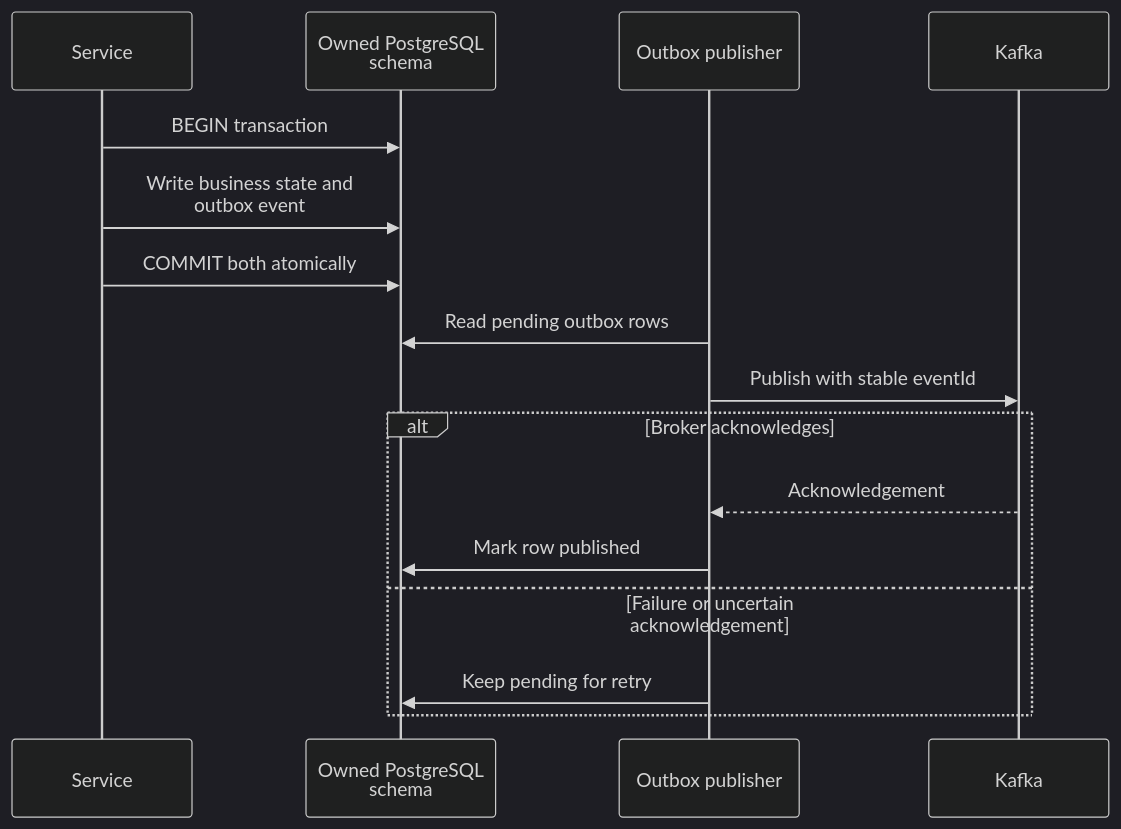
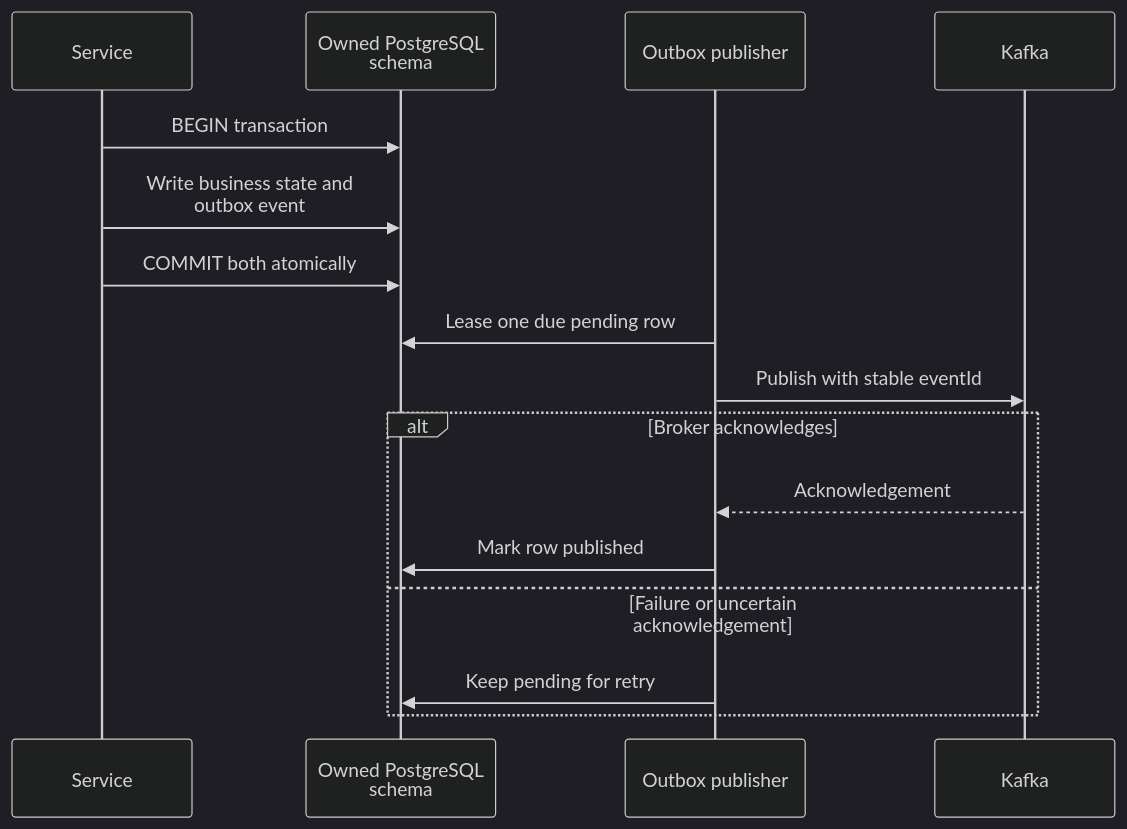
Before and after one commit to ChangeGuardHQ/changuard-platform: diagram 20 of 41 in README.md, drawn with Mermaid (dark theme). The commit also changed other lines of this file and 29 other files, not shown here.

````diff
--- a/README.md
+++ b/README.md
@@ -1446,18 +1458,18 @@
 ```mermaid
 sequenceDiagram
     participant Service
     participant DB as Owned PostgreSQL<br/>schema
     participant Relay as Outbox publisher
     participant Kafka
     Service->>DB: BEGIN transaction
     Service->>DB: Write business state and<br/>outbox event
     Service->>DB: COMMIT both atomically
-    Relay->>DB: Read pending outbox rows
+    Relay->>DB: Lease one due pending row
     Relay->>Kafka: Publish with stable eventId
     alt Broker acknowledges
         Kafka-->>Relay: Acknowledgement
         Relay->>DB: Mark row published
     else Failure or uncertain acknowledgement
         Relay->>DB: Keep pending for retry
     end
 ```
````
